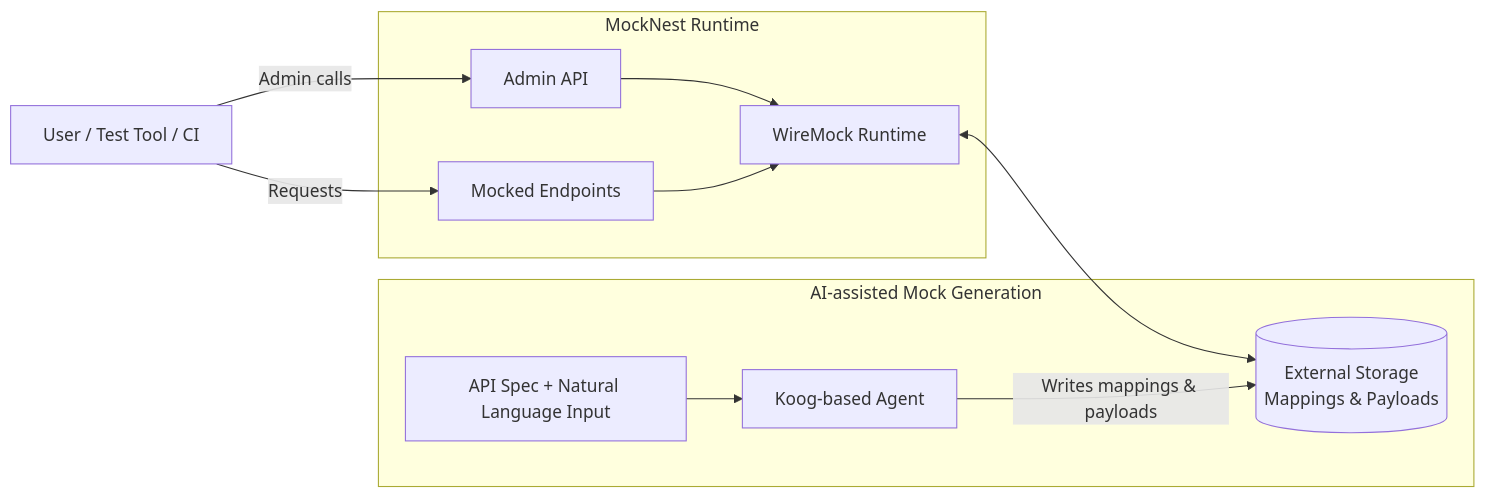
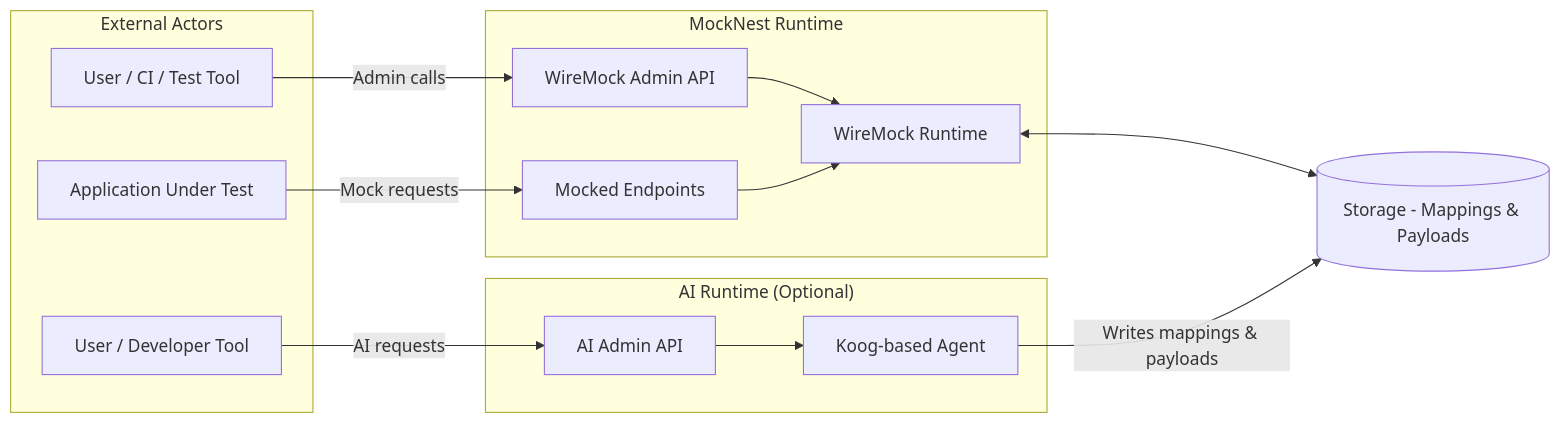
The first of 2 diagrams in .kiro/steering/02-architecture.md (elenavanengelenmaslova/mocknest-serverless), drawn with Mermaid before and after one commit. The commit also changed other lines of this file and 1 other file, not shown here.

Commit message:
update diagrams

````diff
--- a/.kiro/steering/02-architecture.md
+++ b/.kiro/steering/02-architecture.md
@@ -14,21 +20,31 @@
 ```mermaid
 flowchart LR
-    U[User / Test Tool / CI]
-
-    U -->|Admin calls| ADMIN[Admin API]
-    U -->|Requests| MOCKS[Mocked Endpoints]
+    subgraph Actors["External Actors"]
+        USER[User / CI / Test Tool]
+        AIUSER[User / Developer Tool]
+        APP[Application Under Test]
+    end
 
     subgraph Runtime["MockNest Runtime"]
-        ADMIN --> WM[WireMock Runtime]
+        ADMIN[WireMock Admin API]
+        MOCKS[Mocked Endpoints]
+        WM[WireMock Runtime]
+        
+        ADMIN --> WM
         MOCKS --> WM
     end
 
-    WM <--> STORE[(External Storage\nMappings & Payloads)]
+    subgraph AIRuntime["AI Runtime (Optional)"]
+        AIADMIN[AI Admin API]
+        AGENT[Koog-based Agent]
+        AIADMIN --> AGENT
+    end
 
-    subgraph AIGEN["AI-assisted Mock Generation"]
-        SPEC[API Spec + Natural Language Input]
-        AGENT[Koog-based Agent]
-        SPEC --> AGENT
-        AGENT -->|Writes mappings & payloads| STORE
-    end
+    STORE[(Storage - Mappings & Payloads)]
+
+    USER -->|Admin calls| ADMIN
+    APP -->|Mock requests| MOCKS
+    AIUSER -->|AI requests| AIADMIN
+    WM <--> STORE
+    AGENT -->|Writes mappings & payloads| STORE
 ```
````
